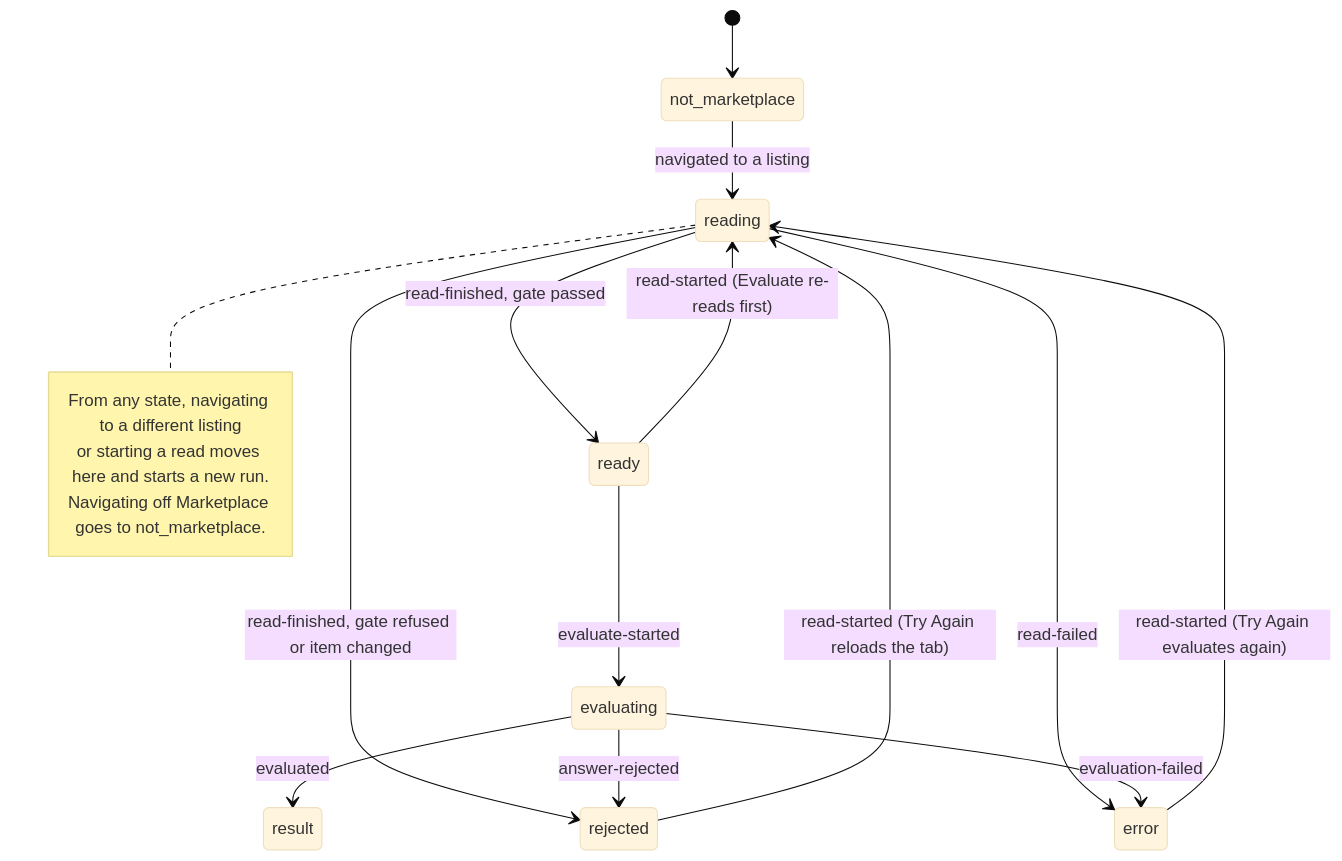
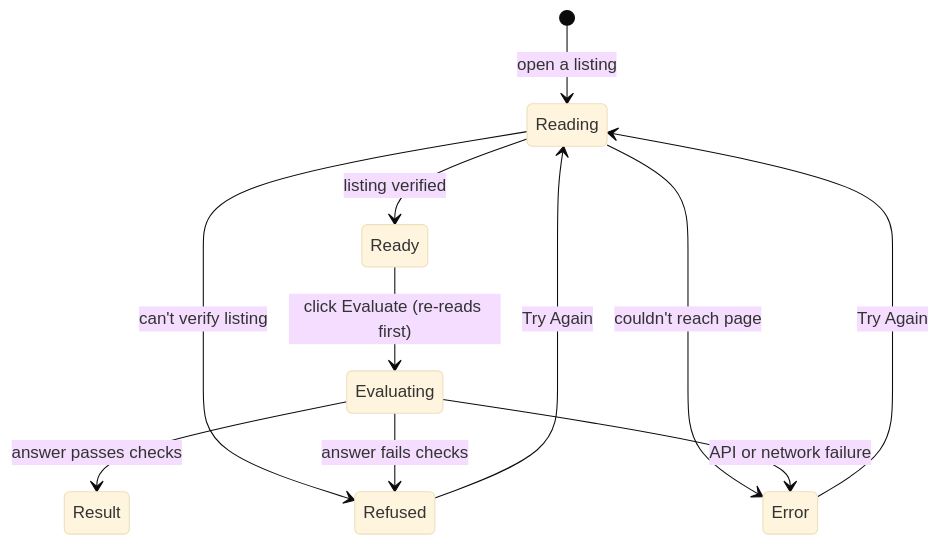
Before and after one commit to nicholasbelous/DealScan: the third of 5 diagrams in docs/ARCHITECTURE.md, drawn with Mermaid (base theme). The commit also changed other lines of this file and 1 other file, not shown here.

Commit message:
Simplify the architecture diagrams

````diff
--- a/docs/ARCHITECTURE.md
+++ b/docs/ARCHITECTURE.md
@@ -102,21 +68,20 @@
 ```mermaid
 stateDiagram-v2
-  [*] --> not_marketplace
-  not_marketplace --> reading: navigated to a listing
-  reading --> ready: read-finished, gate passed
-  reading --> rejected: read-finished, gate refused or item changed
-  reading --> error: read-failed
-  ready --> reading: read-started (Evaluate re-reads first)
-  ready --> evaluating: evaluate-started
-  evaluating --> result: evaluated
-  evaluating --> rejected: answer-rejected
-  evaluating --> error: evaluation-failed
-  rejected --> reading: read-started (Try Again reloads the tab)
-  error --> reading: read-started (Try Again evaluates again)
+  state "Reading" as reading
+  state "Ready" as ready
+  state "Evaluating" as evaluating
+  state "Result" as result
+  state "Refused" as rejected
+  state "Error" as error
 
-  note right of reading
-    From any state, navigating to a different listing
-    or starting a read moves here and starts a new run.
-    Navigating off Marketplace goes to not_marketplace.
-  end note
+  [*] --> reading: open a listing
+  reading --> ready: listing verified
+  reading --> rejected: can't verify listing
+  reading --> error: couldn't reach page
+  ready --> evaluating: click Evaluate (re-reads first)
+  evaluating --> result: answer passes checks
+  evaluating --> rejected: answer fails checks
+  evaluating --> error: API or network failure
+  rejected --> reading: Try Again
+  error --> reading: Try Again
 ```
````
